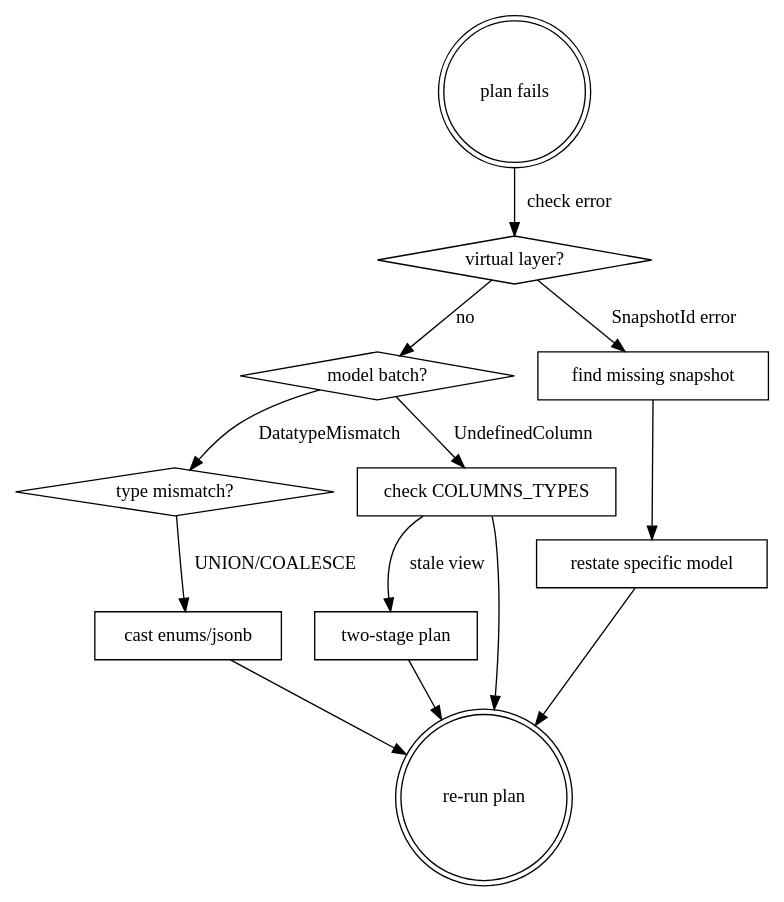
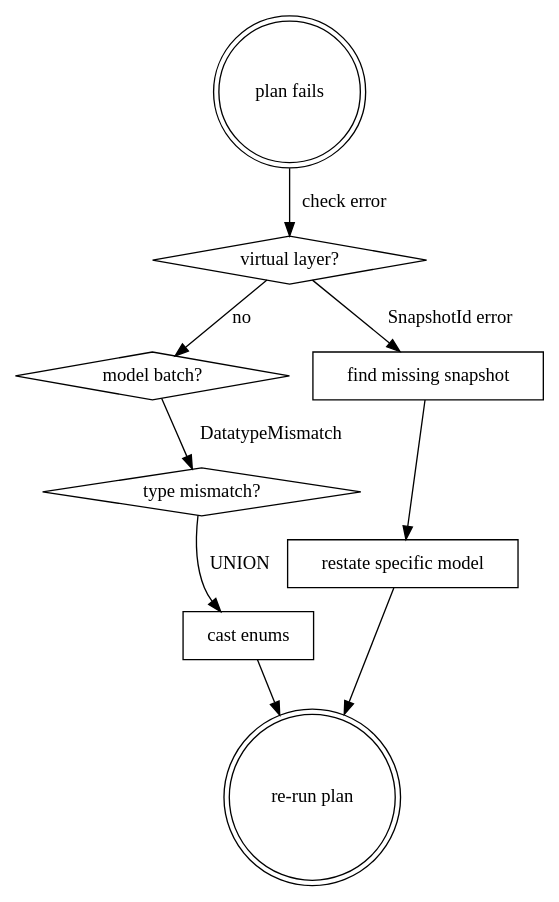
One commit to covoiturage-gouv-fr/mono changed the diagram in .claude/skills/sqlmesh/SKILL.md. Above: the diagram before and after it, drawn with Graphviz. The commit also changed other lines of this file and 74 other files, not shown here.

````diff
--- a/.claude/skills/sqlmesh/SKILL.md
+++ b/.claude/skills/sqlmesh/SKILL.md
@@ -252,29 +178,23 @@
 ```dot
 digraph debug_flow {
   "plan fails" [shape=doublecircle];
   "virtual layer?" [shape=diamond];
   "model batch?" [shape=diamond];
   "type mismatch?" [shape=diamond];
 
   "find missing snapshot" [shape=box];
   "restate specific model" [shape=box];
-  "check COLUMNS_TYPES" [shape=box];
-  "cast enums/jsonb" [shape=box];
-  "two-stage plan" [shape=box];
+  "cast enums" [shape=box];
   "re-run plan" [shape=doublecircle];
 
   "plan fails" -> "virtual layer?" [label="check error"];
   "virtual layer?" -> "find missing snapshot" [label="SnapshotId error"];
   "virtual layer?" -> "model batch?" [label="no"];
   "find missing snapshot" -> "restate specific model";
   "restate specific model" -> "re-run plan";
 
   "model batch?" -> "type mismatch?" [label="DatatypeMismatch"];
-  "model batch?" -> "check COLUMNS_TYPES" [label="UndefinedColumn"];
-  "type mismatch?" -> "cast enums/jsonb" [label="UNION/COALESCE"];
-  "check COLUMNS_TYPES" -> "two-stage plan" [label="stale view"];
-  "cast enums/jsonb" -> "re-run plan";
-  "check COLUMNS_TYPES" -> "re-run plan";
-  "two-stage plan" -> "re-run plan";
+  "type mismatch?" -> "cast enums" [label="UNION"];
+  "cast enums" -> "re-run plan";
 }
 ```
````
